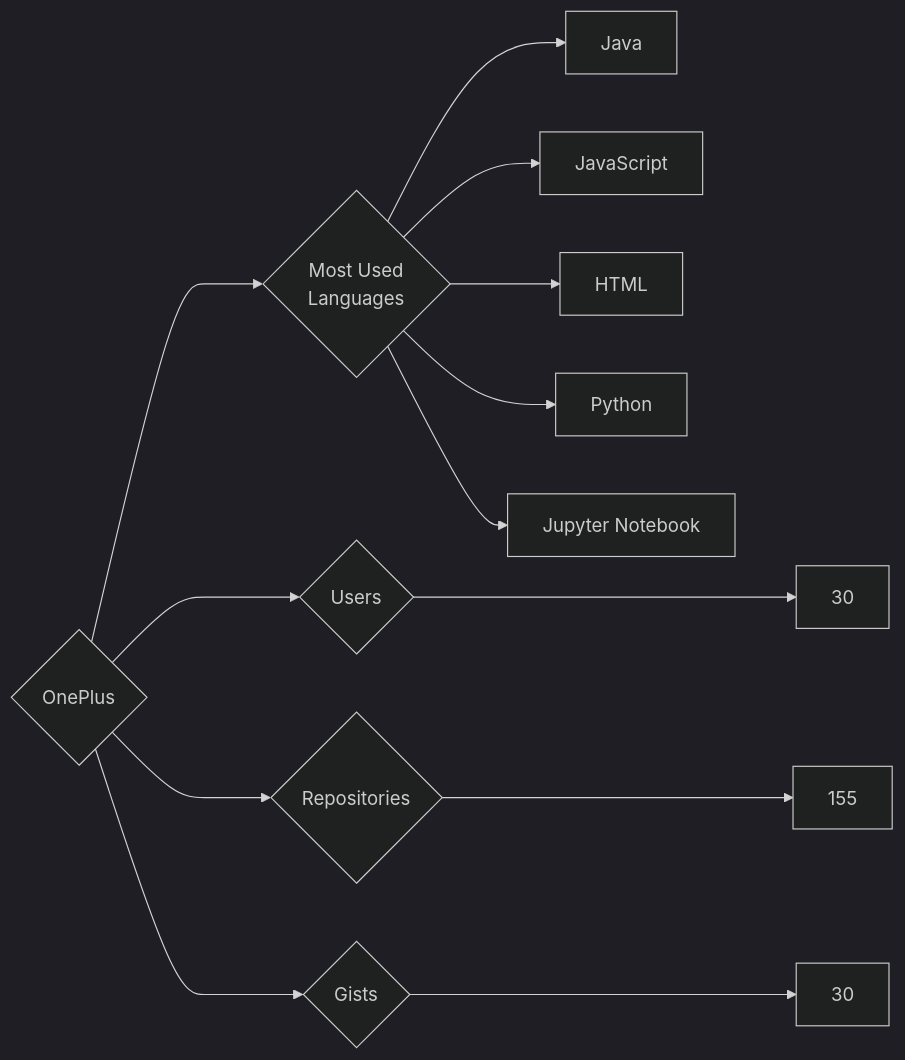
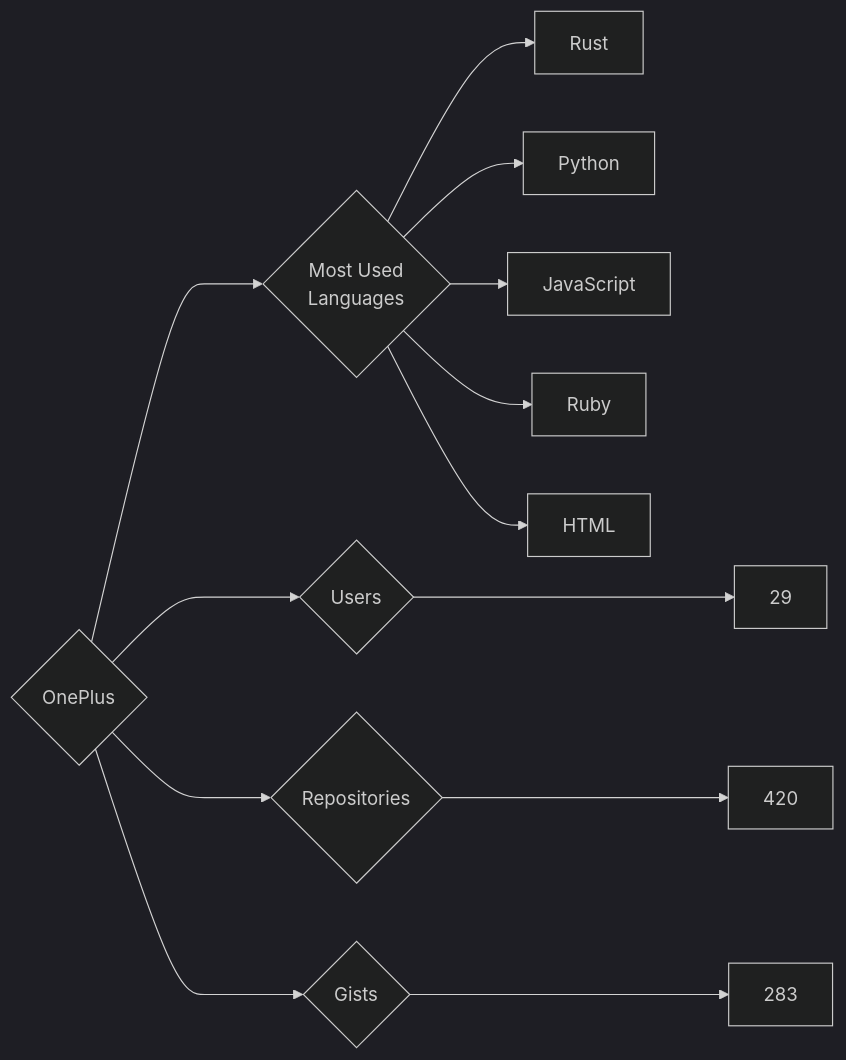
Before and after one commit to trickest/insiders: the diagram in targets/OnePlus/README.md, drawn with Mermaid (dark theme). The commit also changed 870 other files, not shown here.

````diff
--- a/targets/OnePlus/README.md
+++ b/targets/OnePlus/README.md
@@ -3,13 +3,13 @@
 ```mermaid
 graph LR
 COMPANY_NAME{OnePlus}
-COMPANY_NAME ---> U{Users} ---> UN[30]
-COMPANY_NAME ---> R{Repositories} ---> RN[155]
-COMPANY_NAME ---> G{Gists} ---> GN[30]
+COMPANY_NAME ---> U{Users} ---> UN[29]
+COMPANY_NAME ---> R{Repositories} ---> RN[420]
+COMPANY_NAME ---> G{Gists} ---> GN[283]
 COMPANY_NAME ---> ML{Most Used<br>Languages}
-ML --> Java[Java]
+ML --> Rust[Rust]
+ML --> Python[Python]
 ML --> JavaScript[JavaScript]
+ML --> Ruby[Ruby]
 ML --> HTML[HTML]
-ML --> Python[Python]
-ML --> Jupyter_Notebook[Jupyter Notebook]
 ```
````
